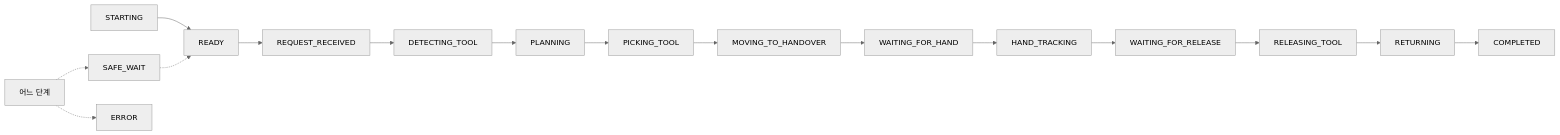
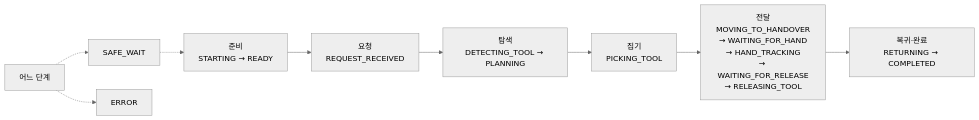
Before and after one commit to yongyong98/orchestra-display-integration: the second of 2 diagrams in README.md, drawn with Mermaid (neutral theme).

Commit message:
refine state flow layout

````diff
--- a/README.md
+++ b/README.md
@@ -105,19 +105,12 @@
 ```mermaid
 flowchart LR
-    STARTING --> READY
-    READY --> REQUEST_RECEIVED
-    REQUEST_RECEIVED --> DETECTING_TOOL
-    DETECTING_TOOL --> PLANNING
-    PLANNING --> PICKING_TOOL
-    PICKING_TOOL --> MOVING_TO_HANDOVER
-    MOVING_TO_HANDOVER --> WAITING_FOR_HAND
-    WAITING_FOR_HAND --> HAND_TRACKING
-    HAND_TRACKING --> WAITING_FOR_RELEASE
-    WAITING_FOR_RELEASE --> RELEASING_TOOL
-    RELEASING_TOOL --> RETURNING
-    RETURNING --> COMPLETED
+    A["준비<br/>STARTING → READY"] --> B["요청<br/>REQUEST_RECEIVED"]
+    B --> C["탐색<br/>DETECTING_TOOL → PLANNING"]
+    C --> D["집기<br/>PICKING_TOOL"]
+    D --> E["전달<br/>MOVING_TO_HANDOVER<br/>→ WAITING_FOR_HAND<br/>→ HAND_TRACKING<br/>→ WAITING_FOR_RELEASE<br/>→ RELEASING_TOOL"]
+    E --> F["복귀·완료<br/>RETURNING → COMPLETED"]
 
-    ANY["어느 단계"] -.-> SAFE_WAIT
-    SAFE_WAIT -.-> READY
-    ANY -.-> ERROR
+    X["어느 단계"] -.-> S["SAFE_WAIT"]
+    S -.-> A
+    X -.-> R["ERROR"]
 ```
````
